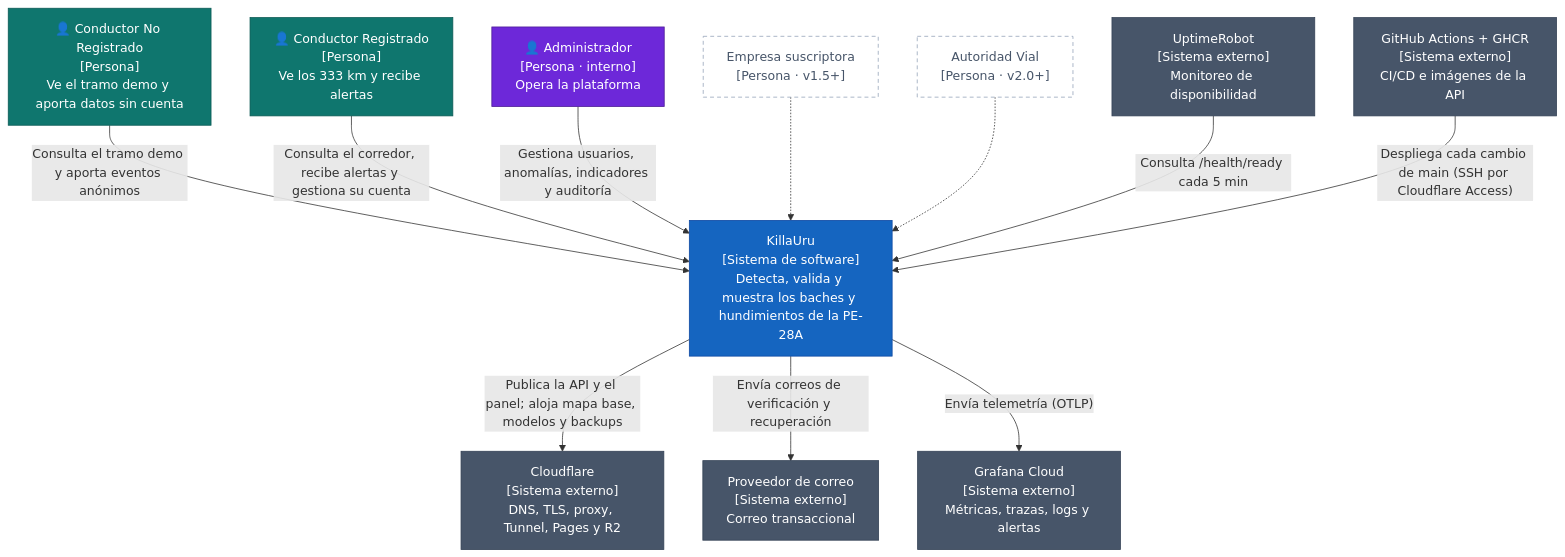
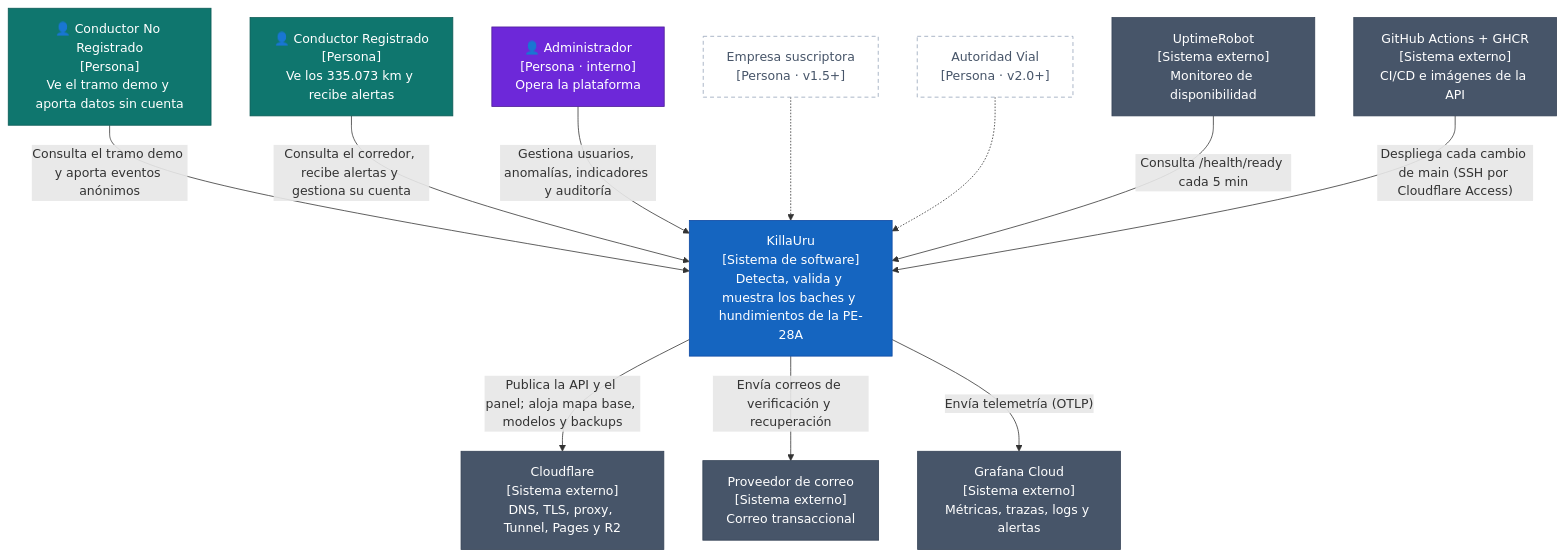
The diagram in docs/04-modelo-C4/Nivel1-diagrama-de-contexto.md (Crisso29/KillaUru_Sprint01), drawn with Mermaid before and after one commit. The commit also changed other lines of this file and 446 other files, not shown here.

````diff
--- a/docs/04-modelo-C4/Nivel1-diagrama-de-contexto.md
+++ b/docs/04-modelo-C4/Nivel1-diagrama-de-contexto.md
@@ -22,33 +22,33 @@
 ```mermaid
 flowchart TB
     classDef sistema fill:#1565C0,color:#fff,stroke:#0d47a1
     classDef externo fill:#0F766E,color:#fff,stroke:#0b5a54
     classDef interno fill:#6D28D9,color:#fff,stroke:#4c1d95
     classDef infra fill:#475569,color:#fff,stroke:#334155
     classDef futuro fill:#fff,color:#475569,stroke:#94a3b8,stroke-dasharray: 5 4
 
     CNR["👤 Conductor No Registrado<br/>[Persona]<br/>Ve el tramo demo y aporta datos sin cuenta"]:::externo
-    CR["👤 Conductor Registrado<br/>[Persona]<br/>Ve los 333 km y recibe alertas"]:::externo
+    CR["👤 Conductor Registrado<br/>[Persona]<br/>Ve los 335.073 km y recibe alertas"]:::externo
     ADM["👤 Administrador<br/>[Persona · interno]<br/>Opera la plataforma"]:::interno
     EMP["Empresa suscriptora<br/>[Persona · v1.5+]"]:::futuro
     AUT["Autoridad Vial<br/>[Persona · v2.0+]"]:::futuro
 
     KU["KillaUru<br/>[Sistema de software]<br/>Detecta, valida y muestra los baches y hundimientos de la PE-28A"]:::sistema
 
     CF["Cloudflare<br/>[Sistema externo]<br/>DNS, TLS, proxy, Tunnel, Pages y R2"]:::infra
     UR["UptimeRobot<br/>[Sistema externo]<br/>Monitoreo de disponibilidad"]:::infra
     MAIL["Proveedor de correo<br/>[Sistema externo]<br/>Correo transaccional"]:::infra
     GRAF["Grafana Cloud<br/>[Sistema externo]<br/>Métricas, trazas, logs y alertas"]:::infra
     GH["GitHub Actions + GHCR<br/>[Sistema externo]<br/>CI/CD e imágenes de la API"]:::infra
 
     CNR -- "Consulta el tramo demo y aporta eventos anónimos" --> KU
     CR -- "Consulta el corredor, recibe alertas y gestiona su cuenta" --> KU
     ADM -- "Gestiona usuarios, anomalías, indicadores y auditoría" --> KU
     EMP -.-> KU
     AUT -.-> KU
     KU -- "Publica la API y el panel; aloja mapa base, modelos y backups" --> CF
     UR -- "Consulta /health/ready cada 5 min" --> KU
     KU -- "Envía correos de verificación y recuperación" --> MAIL
     KU -- "Envía telemetría (OTLP)" --> GRAF
     GH -- "Despliega cada cambio de main (SSH por Cloudflare Access)" --> KU
 ```
````
